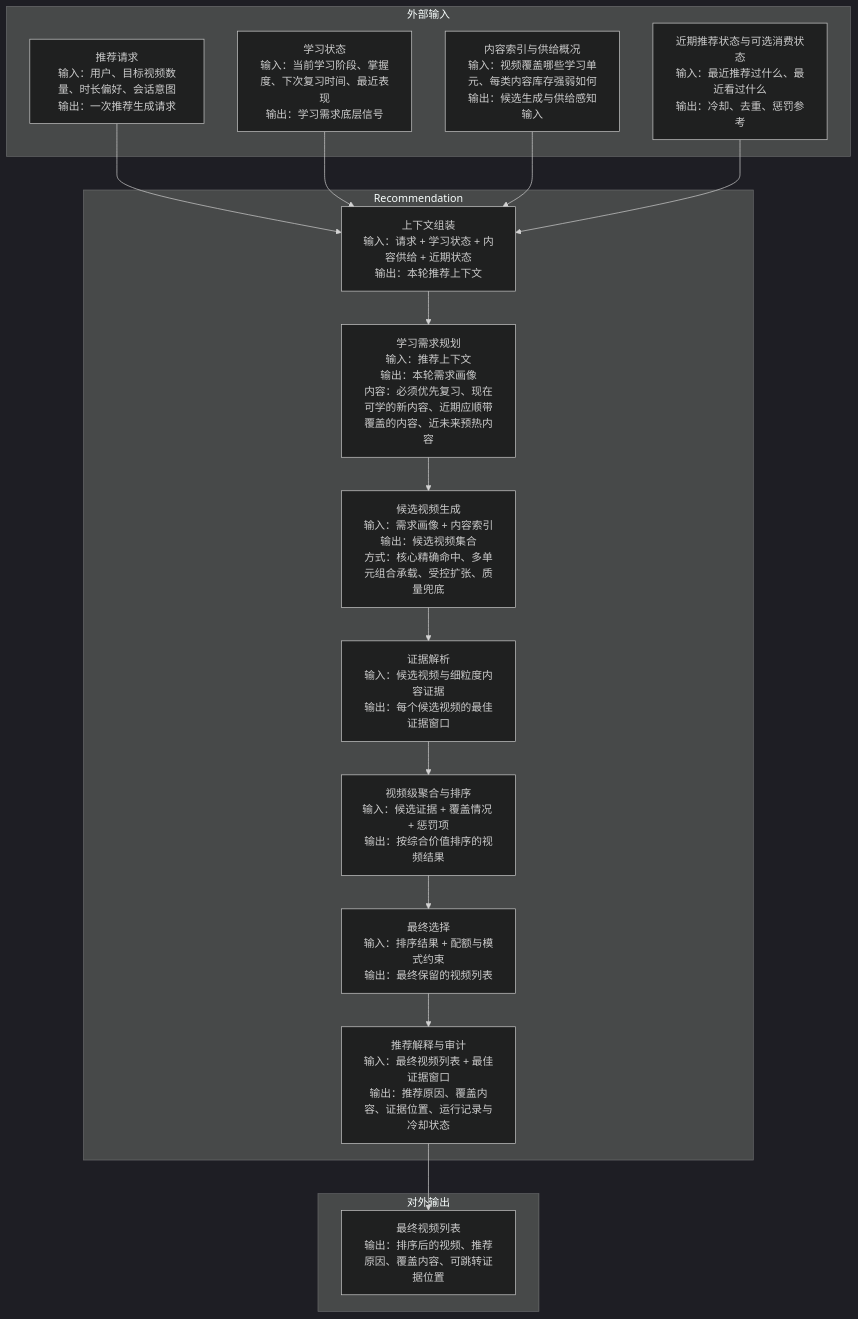
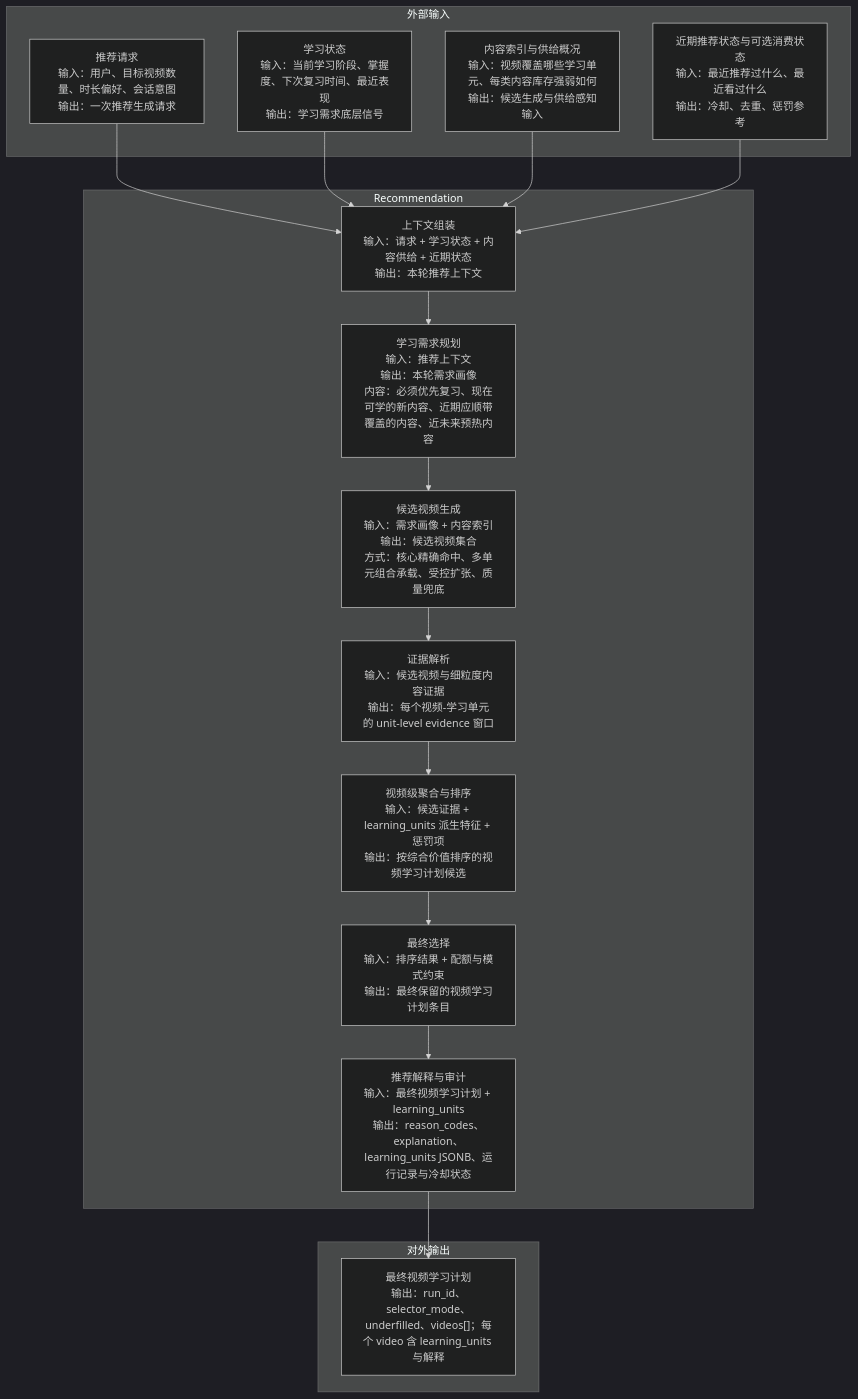
Before and after one commit to bionicotaku/learning-video-recommendation-system: the fourth of 6 diagrams in docs/视频推荐系统设计图.md, drawn with Mermaid (dark theme). The commit also changed other lines of this file and 35 other files, not shown here.

````diff
--- a/docs/视频推荐系统设计图.md
+++ b/docs/视频推荐系统设计图.md
@@ -342,43 +344,43 @@
 ```mermaid
 flowchart TD
 
 subgraph REC_INPUT["外部输入"]
     rec_in1["推荐请求<br/>输入：用户、目标视频数量、时长偏好、会话意图<br/>输出：一次推荐生成请求"]
     rec_in2["学习状态<br/>输入：当前学习阶段、掌握度、下次复习时间、最近表现<br/>输出：学习需求底层信号"]
     rec_in3["内容索引与供给概况<br/>输入：视频覆盖哪些学习单元、每类内容库存强弱如何<br/>输出：候选生成与供给感知输入"]
     rec_in4["近期推荐状态与可选消费状态<br/>输入：最近推荐过什么、最近看过什么<br/>输出：冷却、去重、惩罚参考"]
 end
 
 subgraph REC_CORE["Recommendation"]
     rec_step1["上下文组装<br/>输入：请求 + 学习状态 + 内容供给 + 近期状态<br/>输出：本轮推荐上下文"]
 
     rec_step2["学习需求规划<br/>输入：推荐上下文<br/>输出：本轮需求画像<br/>内容：必须优先复习、现在可学的新内容、近期应顺带覆盖的内容、近未来预热内容"]
 
     rec_step3["候选视频生成<br/>输入：需求画像 + 内容索引<br/>输出：候选视频集合<br/>方式：核心精确命中、多单元组合承载、受控扩张、质量兜底"]
 
-    rec_step4["证据解析<br/>输入：候选视频与细粒度内容证据<br/>输出：每个候选视频的最佳证据窗口"]
+    rec_step4["证据解析<br/>输入：候选视频与细粒度内容证据<br/>输出：每个视频-学习单元的 unit-level evidence 窗口"]
 
-    rec_step5["视频级聚合与排序<br/>输入：候选证据 + 覆盖情况 + 惩罚项<br/>输出：按综合价值排序的视频结果"]
+    rec_step5["视频级聚合与排序<br/>输入：候选证据 + learning_units 派生特征 + 惩罚项<br/>输出：按综合价值排序的视频学习计划候选"]
 
-    rec_step6["最终选择<br/>输入：排序结果 + 配额与模式约束<br/>输出：最终保留的视频列表"]
+    rec_step6["最终选择<br/>输入：排序结果 + 配额与模式约束<br/>输出：最终保留的视频学习计划条目"]
 
-    rec_step7["推荐解释与审计<br/>输入：最终视频列表 + 最佳证据窗口<br/>输出：推荐原因、覆盖内容、证据位置、运行记录与冷却状态"]
+    rec_step7["推荐解释与审计<br/>输入：最终视频学习计划 + learning_units<br/>输出：reason_codes、explanation、learning_units JSONB、运行记录与冷却状态"]
 end
 
 subgraph REC_OUTPUT["对外输出"]
-    rec_out1["最终视频列表<br/>输出：排序后的视频、推荐原因、覆盖内容、可跳转证据位置"]
+    rec_out1["最终视频学习计划<br/>输出：run_id、selector_mode、underfilled、videos[]；每个 video 含 learning_units 与解释"]
 end
 
 rec_in1 --> rec_step1
 rec_in2 --> rec_step1
 rec_in3 --> rec_step1
 rec_in4 --> rec_step1
 
 rec_step1 --> rec_step2
 rec_step2 --> rec_step3
 rec_step3 --> rec_step4
 rec_step4 --> rec_step5
 rec_step5 --> rec_step6
 rec_step6 --> rec_step7
 rec_step7 --> rec_out1
 ```
````
